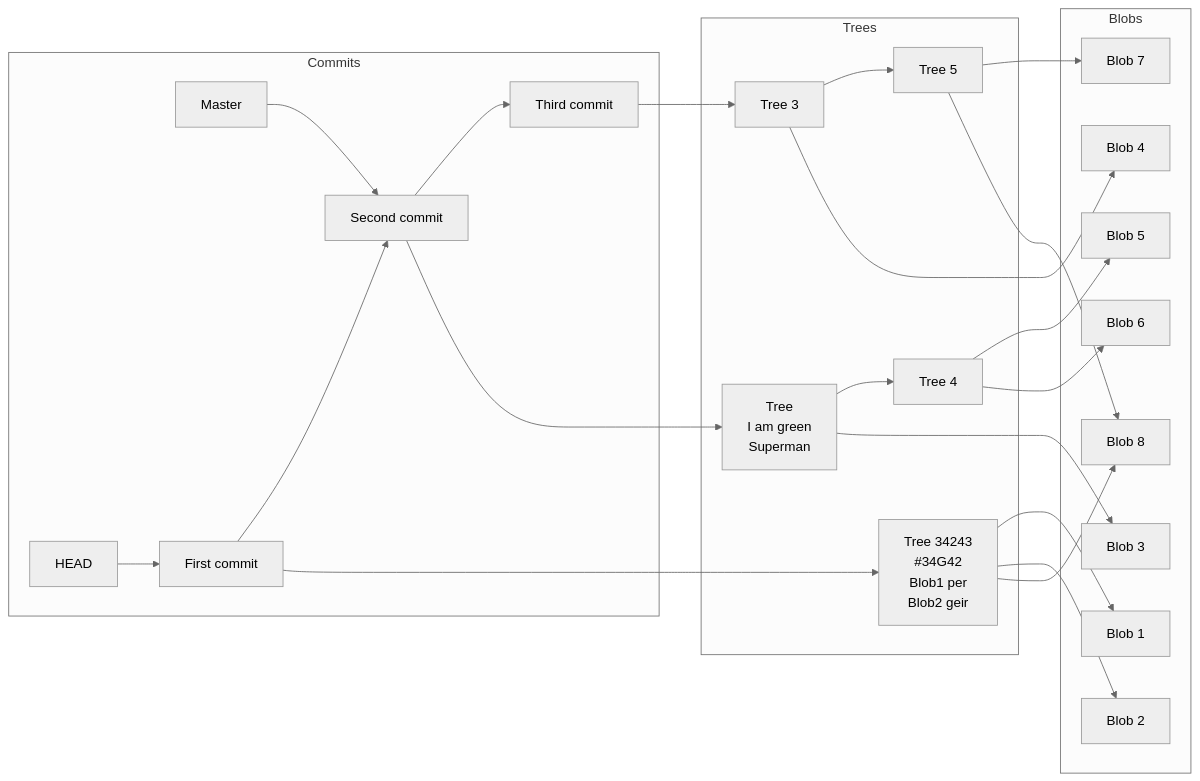
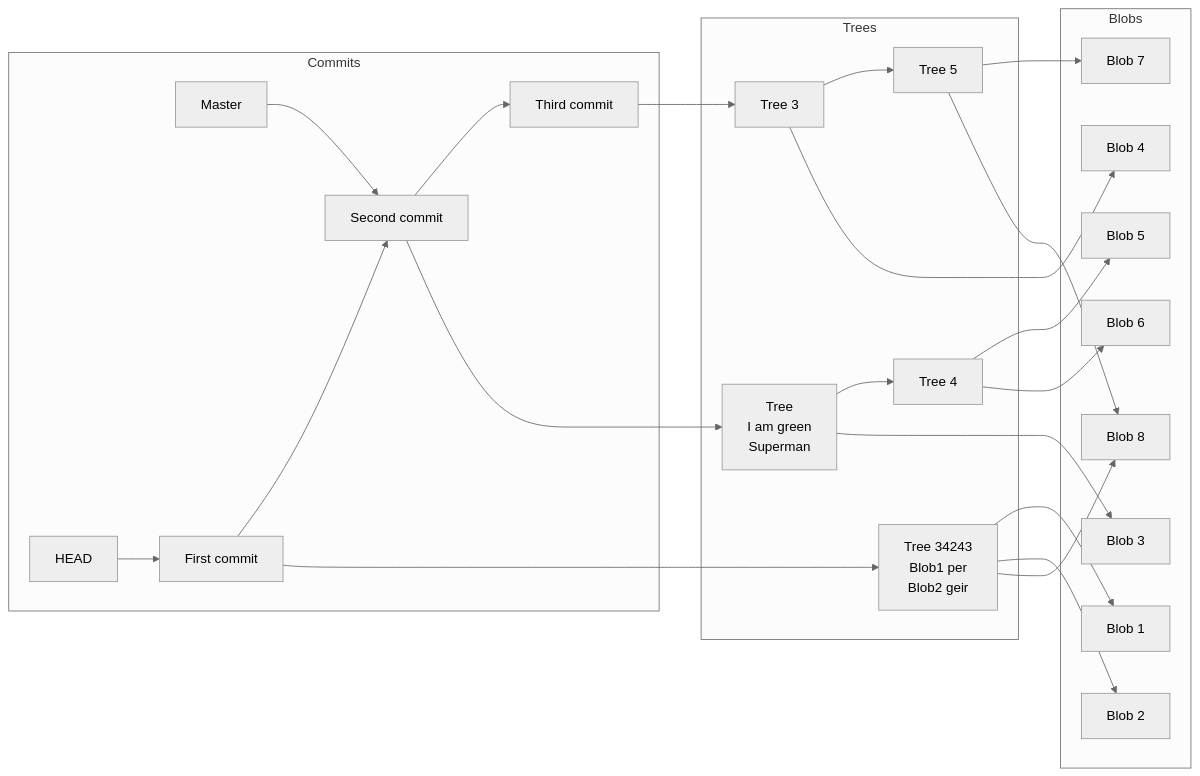
Before and after one commit to troflog/git_blob_graph: the diagram in test.md, drawn with Mermaid (neutral theme).

````diff
--- a/test.md
+++ b/test.md
@@ -1,38 +1,38 @@
 ```mermaid
 
 graph LR
 
 H[HEAD]
 M[Master]
 
-T1[Tree 34243<br>#34G42<br>Blob1 per <br>Blob2 geir]
+T1[Tree 34243<br>Blob1 per <br>Blob2 geir]
 
 T2[Tree <br>I am green<br>Superman]
 
 subgraph Commits
 H --> A
 M --> B
 A[First commit] --> B[Second commit]
 B --> C[Third commit]
 end
 subgraph Trees
 A --> T1
 B --> T2
 C --> T3[Tree 3]
 T2 --> T4[Tree 4]
 T3 --> T5[Tree 5]
 end
 subgraph Blobs
 T1 --> B1[Blob 1]
 T1 --> B2[Blob 2]
 T2 --> B3[Blob 3]
 T4 --> B5[Blob 5]
 T4 --> B6[Blob 6]
 T3 --> B4[Blob 4]
 T5 --> B7[Blob 7]
 T1 --> B8[Blob 8]
 T5 --> B8[Blob 8]
 end
 
 
 ```
````
